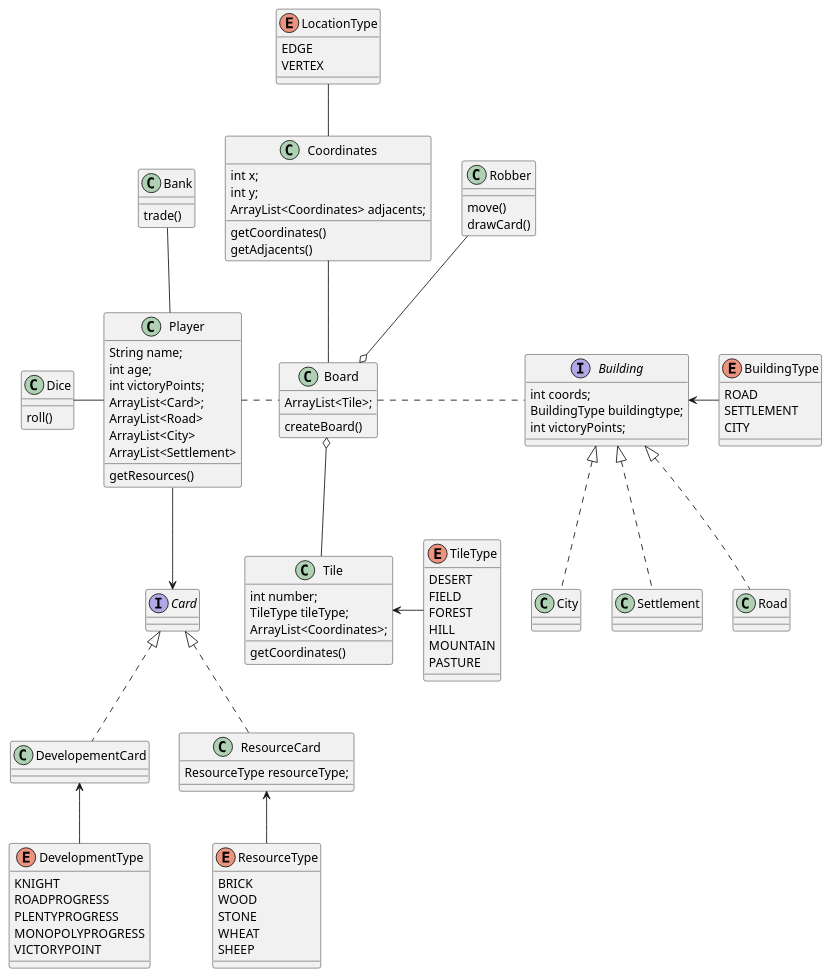
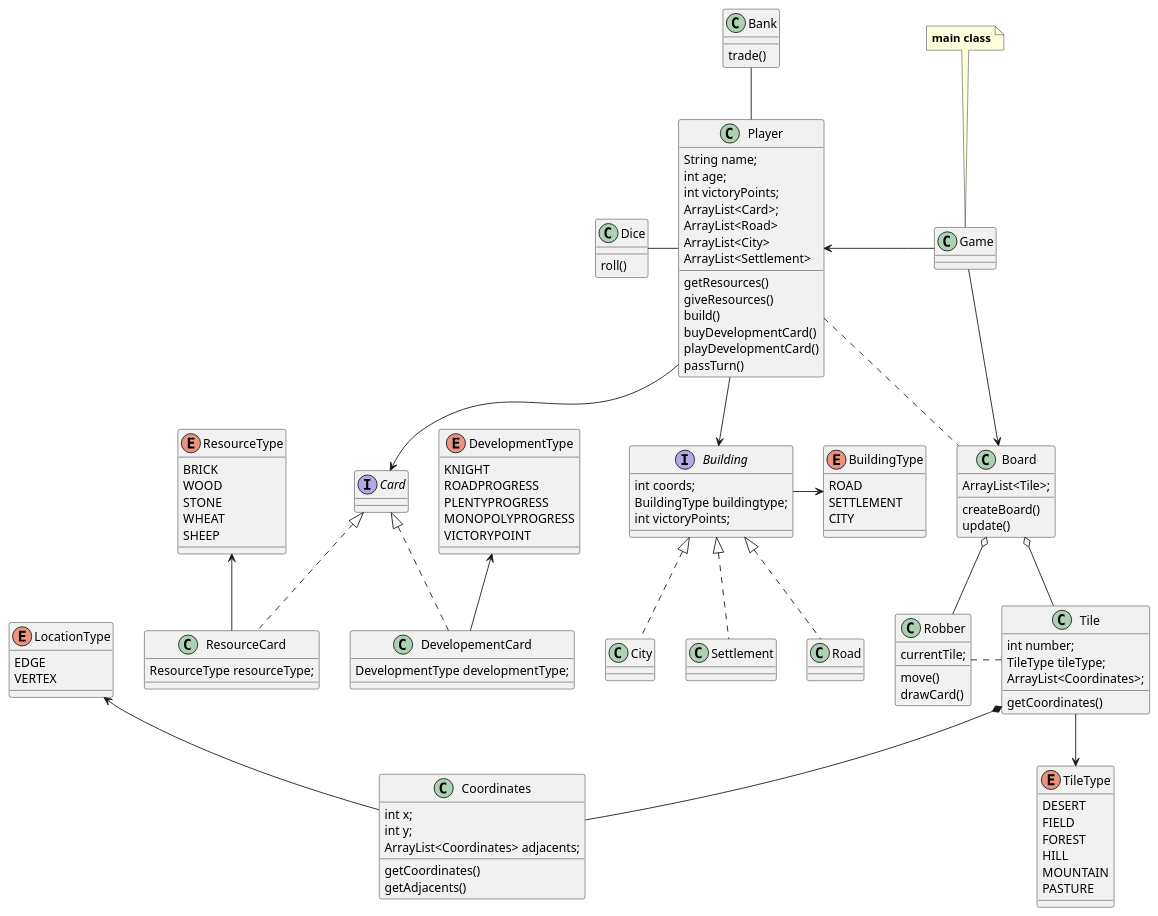
Before and after one commit to SoPraFS20-Group16/sopra-fs20-group-16-server: the diagram in Diagrams/class_diagram.puml, drawn with PlantUML.

Commit message:
class diagram modified

```diff
--- a/Diagrams/class_diagram.puml
+++ b/Diagrams/class_diagram.puml
@@ -1,148 +1,166 @@
 @startuml
 
 
 
 enum BuildingType {
 ROAD
 SETTLEMENT
 CITY
 }
 
 enum TileType{
 DESERT
 FIELD
 FOREST
 HILL
 MOUNTAIN
 PASTURE
 }
 
 enum ResourceType{
 BRICK
 WOOD
 STONE
 WHEAT
 SHEEP
 }
 
 enum DevelopmentType{
 KNIGHT
 ROADPROGRESS
 PLENTYPROGRESS
 MONOPOLYPROGRESS
 VICTORYPOINT
 }
 
 enum LocationType{
 EDGE
 VERTEX
 
 }
 
 interface Building{
 int coords;
 BuildingType buildingtype;
 int victoryPoints;
 }
 
 class City
 class Settlement
 class Road
 
 
 class Dice{
 roll()
 }
 
 
 class Player{
 
 String name;
 int age;
 int victoryPoints;
 ArrayList<Card>;
 ArrayList<Road>
 ArrayList<City>
 ArrayList<Settlement>
 getResources()
+giveResources()
+build()
+buyDevelopmentCard()
+playDevelopmentCard()
+passTurn()
 }
 
 
 class Robber{
+currentTile;
 move()
 drawCard()
 }
 
 
 
 
 interface Card{
 
 }
 
 
 class ResourceCard{
 ResourceType resourceType;
 }
 
-class DevelopementCard
+class DevelopementCard{
+DevelopmentType developmentType;
+}
 
 class Bank{
 trade()
 }
 
 
 class Board{
 
 ArrayList<Tile>;
 
 createBoard()
+update()
 
 }
 
 class Tile{
 int number;
 TileType tileType;
 ArrayList<Coordinates>;
 
 getCoordinates()
 
 }
 
 class Coordinates{
 int x;
 int y;
 ArrayList<Coordinates> adjacents;
 
 getCoordinates()
 getAdjacents()
 
 }
 
+note "<b>main class</b>" as N1
+class Game
+
+N1 -down- Game
+
+Game -down-> Board
+Game -left-> Player
 
 
 Building <|.. City
 Building <|.. Settlement
 Building <|.. Road
 
-BuildingType -left-> Building
-TileType -left-> Tile
+BuildingType <-left- Building
+TileType <-up- Tile
 
-Player -down-> Card
+Player --> Card
 Card <|.. ResourceCard
 Card <|.. DevelopementCard
-ResourceType -up-> ResourceCard
-DevelopmentType -up-> DevelopementCard
+ResourceType <-down- ResourceCard
+DevelopmentType <-down- DevelopementCard
 
 Bank -down- Player
-Dice - Player
+Dice -right- Player
+Player --> Building
 
 
-Board o-- Tile
-Board o-up- Robber
-Board -up- Coordinates
-Player . Board
-Building .left. Board
-LocationType -down- Coordinates
+Board o-right- Tile
+Board o-down- Robber
+Robber . Tile
+Tile *-- Coordinates
+Player .. Board
+
+LocationType <-down- Coordinates
 
 @enduml
```
